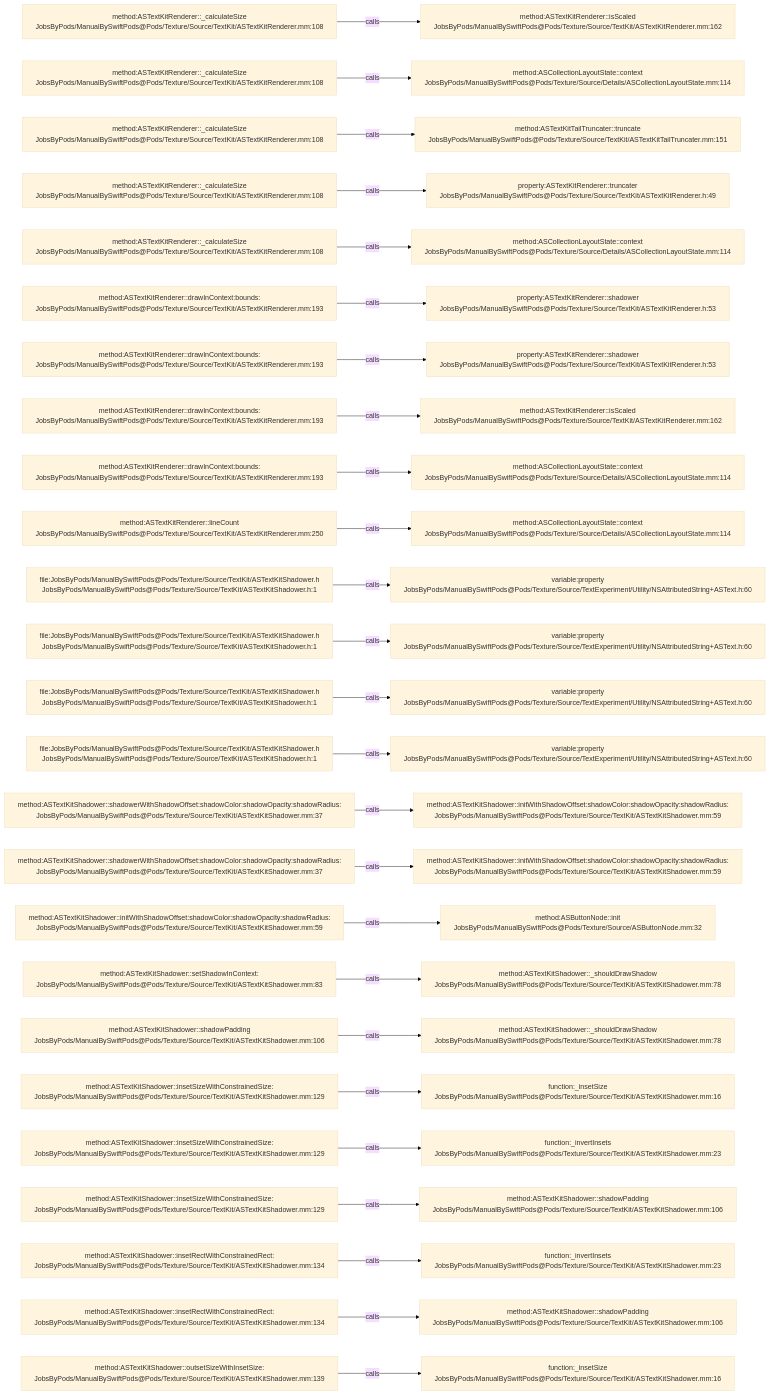
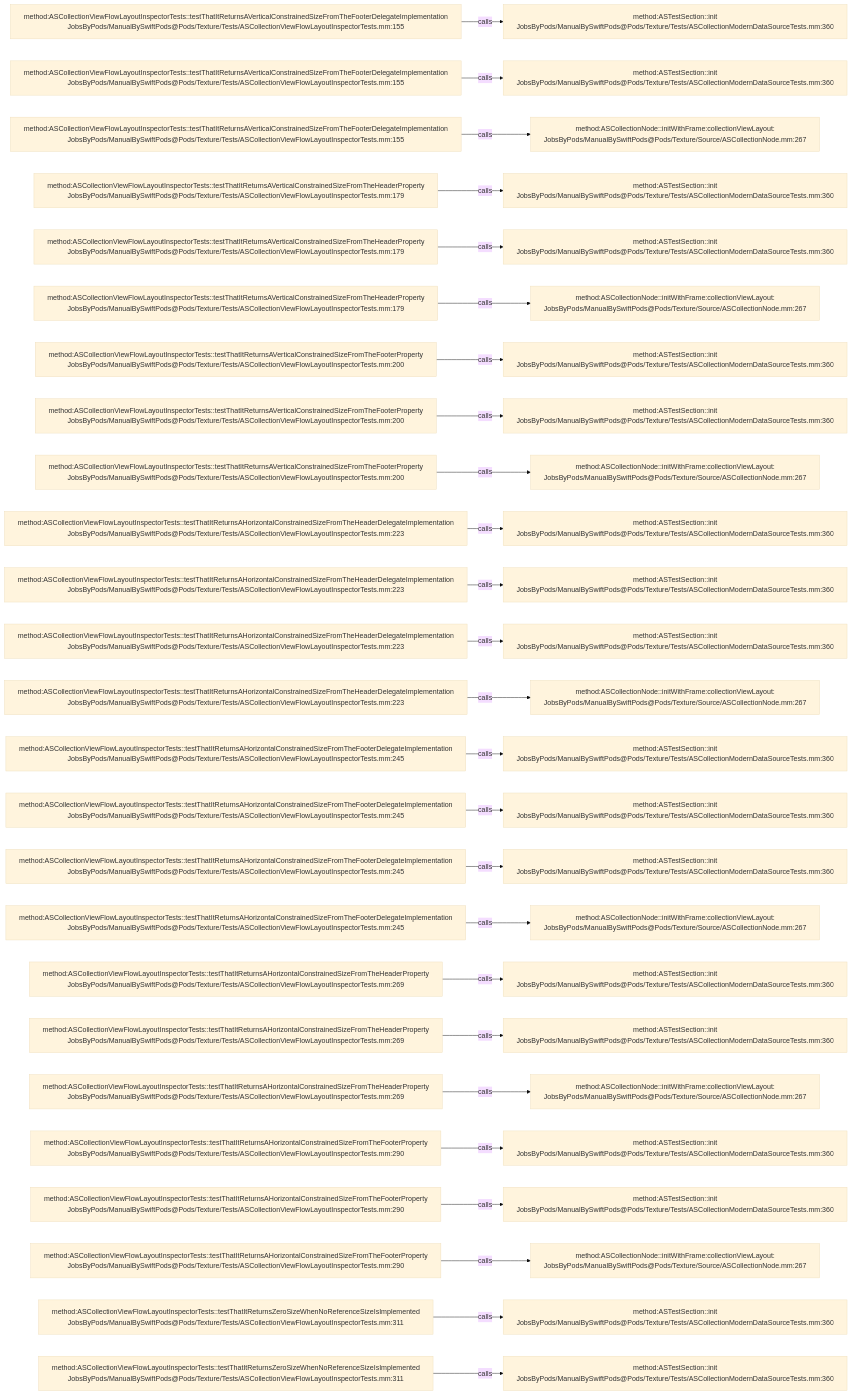
One commit to JobsKits/JobsSwiftBaseConfigDemo changed the diagram in .codegraph/codegraph.md/graphs/calls-169.md. Above: the diagram before and after it, drawn with Mermaid (base theme). The commit also changed 832 other files, not shown here.

````diff
--- a/.codegraph/codegraph.md/graphs/calls-169.md
+++ b/.codegraph/codegraph.md/graphs/calls-169.md
@@ -13,78 +13,78 @@
 ```mermaid
 flowchart LR
-  S1["method:ASTextKitRenderer::_calculateSize<br/>JobsByPods/ManualBySwiftPods@Pods/Texture/Source/TextKit/ASTextKitRenderer.mm:108"]
-  T1["method:ASTextKitRenderer::isScaled<br/>JobsByPods/ManualBySwiftPods@Pods/Texture/Source/TextKit/ASTextKitRenderer.mm:162"]
+  S1["method:ASCollectionViewFlowLayoutInspectorTests::testThatItReturnsAVerticalConstrainedSizeFromTheFooterDelegateImplementation<br/>JobsByPods/ManualBySwiftPods@Pods/Texture/Tests/ASCollectionViewFlowLayoutInspectorTests.mm:155"]
+  T1["method:ASTestSection::init<br/>JobsByPods/ManualBySwiftPods@Pods/Texture/Tests/ASCollectionModernDataSourceTests.mm:360"]
   S1 -->|calls| T1
-  S2["method:ASTextKitRenderer::_calculateSize<br/>JobsByPods/ManualBySwiftPods@Pods/Texture/Source/TextKit/ASTextKitRenderer.mm:108"]
-  T2["method:ASCollectionLayoutState::context<br/>JobsByPods/ManualBySwiftPods@Pods/Texture/Source/Details/ASCollectionLayoutState.mm:114"]
+  S2["method:ASCollectionViewFlowLayoutInspectorTests::testThatItReturnsAVerticalConstrainedSizeFromTheFooterDelegateImplementation<br/>JobsByPods/ManualBySwiftPods@Pods/Texture/Tests/ASCollectionViewFlowLayoutInspectorTests.mm:155"]
+  T2["method:ASTestSection::init<br/>JobsByPods/ManualBySwiftPods@Pods/Texture/Tests/ASCollectionModernDataSourceTests.mm:360"]
   S2 -->|calls| T2
-  S3["method:ASTextKitRenderer::_calculateSize<br/>JobsByPods/ManualBySwiftPods@Pods/Texture/Source/TextKit/ASTextKitRenderer.mm:108"]
-  T3["method:ASTextKitTailTruncater::truncate<br/>JobsByPods/ManualBySwiftPods@Pods/Texture/Source/TextKit/ASTextKitTailTruncater.mm:151"]
+  S3["method:ASCollectionViewFlowLayoutInspectorTests::testThatItReturnsAVerticalConstrainedSizeFromTheFooterDelegateImplementation<br/>JobsByPods/ManualBySwiftPods@Pods/Texture/Tests/ASCollectionViewFlowLayoutInspectorTests.mm:155"]
+  T3["method:ASCollectionNode::initWithFrame:collectionViewLayout:<br/>JobsByPods/ManualBySwiftPods@Pods/Texture/Source/ASCollectionNode.mm:267"]
   S3 -->|calls| T3
-  S4["method:ASTextKitRenderer::_calculateSize<br/>JobsByPods/ManualBySwiftPods@Pods/Texture/Source/TextKit/ASTextKitRenderer.mm:108"]
-  T4["property:ASTextKitRenderer::truncater<br/>JobsByPods/ManualBySwiftPods@Pods/Texture/Source/TextKit/ASTextKitRenderer.h:49"]
+  S4["method:ASCollectionViewFlowLayoutInspectorTests::testThatItReturnsAVerticalConstrainedSizeFromTheHeaderProperty<br/>JobsByPods/ManualBySwiftPods@Pods/Texture/Tests/ASCollectionViewFlowLayoutInspectorTests.mm:179"]
+  T4["method:ASTestSection::init<br/>JobsByPods/ManualBySwiftPods@Pods/Texture/Tests/ASCollectionModernDataSourceTests.mm:360"]
   S4 -->|calls| T4
-  S5["method:ASTextKitRenderer::_calculateSize<br/>JobsByPods/ManualBySwiftPods@Pods/Texture/Source/TextKit/ASTextKitRenderer.mm:108"]
-  T5["method:ASCollectionLayoutState::context<br/>JobsByPods/ManualBySwiftPods@Pods/Texture/Source/Details/ASCollectionLayoutState.mm:114"]
+  S5["method:ASCollectionViewFlowLayoutInspectorTests::testThatItReturnsAVerticalConstrainedSizeFromTheHeaderProperty<br/>JobsByPods/ManualBySwiftPods@Pods/Texture/Tests/ASCollectionViewFlowLayoutInspectorTests.mm:179"]
+  T5["method:ASTestSection::init<br/>JobsByPods/ManualBySwiftPods@Pods/Texture/Tests/ASCollectionModernDataSourceTests.mm:360"]
   S5 -->|calls| T5
-  S6["method:ASTextKitRenderer::drawInContext:bounds:<br/>JobsByPods/ManualBySwiftPods@Pods/Texture/Source/TextKit/ASTextKitRenderer.mm:193"]
-  T6["property:ASTextKitRenderer::shadower<br/>JobsByPods/ManualBySwiftPods@Pods/Texture/Source/TextKit/ASTextKitRenderer.h:53"]
+  S6["method:ASCollectionViewFlowLayoutInspectorTests::testThatItReturnsAVerticalConstrainedSizeFromTheHeaderProperty<br/>JobsByPods/ManualBySwiftPods@Pods/Texture/Tests/ASCollectionViewFlowLayoutInspectorTests.mm:179"]
+  T6["method:ASCollectionNode::initWithFrame:collectionViewLayout:<br/>JobsByPods/ManualBySwiftPods@Pods/Texture/Source/ASCollectionNode.mm:267"]
   S6 -->|calls| T6
-  S7["method:ASTextKitRenderer::drawInContext:bounds:<br/>JobsByPods/ManualBySwiftPods@Pods/Texture/Source/TextKit/ASTextKitRenderer.mm:193"]
-  T7["property:ASTextKitRenderer::shadower<br/>JobsByPods/ManualBySwiftPods@Pods/Texture/Source/TextKit/ASTextKitRenderer.h:53"]
+  S7["method:ASCollectionViewFlowLayoutInspectorTests::testThatItReturnsAVerticalConstrainedSizeFromTheFooterProperty<br/>JobsByPods/ManualBySwiftPods@Pods/Texture/Tests/ASCollectionViewFlowLayoutInspectorTests.mm:200"]
+  T7["method:ASTestSection::init<br/>JobsByPods/ManualBySwiftPods@Pods/Texture/Tests/ASCollectionModernDataSourceTests.mm:360"]
   S7 -->|calls| T7
-  S8["method:ASTextKitRenderer::drawInContext:bounds:<br/>JobsByPods/ManualBySwiftPods@Pods/Texture/Source/TextKit/ASTextKitRenderer.mm:193"]
-  T8["method:ASTextKitRenderer::isScaled<br/>JobsByPods/ManualBySwiftPods@Pods/Texture/Source/TextKit/ASTextKitRenderer.mm:162"]
+  S8["method:ASCollectionViewFlowLayoutInspectorTests::testThatItReturnsAVerticalConstrainedSizeFromTheFooterProperty<br/>JobsByPods/ManualBySwiftPods@Pods/Texture/Tests/ASCollectionViewFlowLayoutInspectorTests.mm:200"]
+  T8["method:ASTestSection::init<br/>JobsByPods/ManualBySwiftPods@Pods/Texture/Tests/ASCollectionModernDataSourceTests.mm:360"]
   S8 -->|calls| T8
-  S9["method:ASTextKitRenderer::drawInContext:bounds:<br/>JobsByPods/ManualBySwiftPods@Pods/Texture/Source/TextKit/ASTextKitRenderer.mm:193"]
-  T9["method:ASCollectionLayoutState::context<br/>JobsByPods/ManualBySwiftPods@Pods/Texture/Source/Details/ASCollectionLayoutState.mm:114"]
+  S9["method:ASCollectionViewFlowLayoutInspectorTests::testThatItReturnsAVerticalConstrainedSizeFromTheFooterProperty<br/>JobsByPods/ManualBySwiftPods@Pods/Texture/Tests/ASCollectionViewFlowLayoutInspectorTests.mm:200"]
+  T9["method:ASCollectionNode::initWithFrame:collectionViewLayout:<br/>JobsByPods/ManualBySwiftPods@Pods/Texture/Source/ASCollectionNode.mm:267"]
   S9 -->|calls| T9
-  S10["method:ASTextKitRenderer::lineCount<br/>JobsByPods/ManualBySwiftPods@Pods/Texture/Source/TextKit/ASTextKitRenderer.mm:250"]
-  T10["method:ASCollectionLayoutState::context<br/>JobsByPods/ManualBySwiftPods@Pods/Texture/Source/Details/ASCollectionLayoutState.mm:114"]
+  S10["method:ASCollectionViewFlowLayoutInspectorTests::testThatItReturnsAHorizontalConstrainedSizeFromTheHeaderDelegateImplementation<br/>JobsByPods/ManualBySwiftPods@Pods/Texture/Tests/ASCollectionViewFlowLayoutInspectorTests.mm:223"]
+  T10["method:ASTestSection::init<br/>JobsByPods/ManualBySwiftPods@Pods/Texture/Tests/ASCollectionModernDataSourceTests.mm:360"]
   S10 -->|calls| T10
-  S11["file:JobsByPods/ManualBySwiftPods@Pods/Texture/Source/TextKit/ASTextKitShadower.h<br/>JobsByPods/ManualBySwiftPods@Pods/Texture/Source/TextKit/ASTextKitShadower.h:1"]
-  T11["variable:property<br/>JobsByPods/ManualBySwiftPods@Pods/Texture/Source/TextExperiment/Utility/NSAttributedString+ASText.h:60"]
+  S11["method:ASCollectionViewFlowLayoutInspectorTests::testThatItReturnsAHorizontalConstrainedSizeFromTheHeaderDelegateImplementation<br/>JobsByPods/ManualBySwiftPods@Pods/Texture/Tests/ASCollectionViewFlowLayoutInspectorTests.mm:223"]
+  T11["method:ASTestSection::init<br/>JobsByPods/ManualBySwiftPods@Pods/Texture/Tests/ASCollectionModernDataSourceTests.mm:360"]
   S11 -->|calls| T11
-  S12["file:JobsByPods/ManualBySwiftPods@Pods/Texture/Source/TextKit/ASTextKitShadower.h<br/>JobsByPods/ManualBySwiftPods@Pods/Texture/Source/TextKit/ASTextKitShadower.h:1"]
-  T12["variable:property<br/>JobsByPods/ManualBySwiftPods@Pods/Texture/Source/TextExperiment/Utility/NSAttributedString+ASText.h:60"]
+  S12["method:ASCollectionViewFlowLayoutInspectorTests::testThatItReturnsAHorizontalConstrainedSizeFromTheHeaderDelegateImplementation<br/>JobsByPods/ManualBySwiftPods@Pods/Texture/Tests/ASCollectionViewFlowLayoutInspectorTests.mm:223"]
+  T12["method:ASTestSection::init<br/>JobsByPods/ManualBySwiftPods@Pods/Texture/Tests/ASCollectionModernDataSourceTests.mm:360"]
   S12 -->|calls| T12
-  S13["file:JobsByPods/ManualBySwiftPods@Pods/Texture/Source/TextKit/ASTextKitShadower.h<br/>JobsByPods/ManualBySwiftPods@Pods/Texture/Source/TextKit/ASTextKitShadower.h:1"]
-  T13["variable:property<br/>JobsByPods/ManualBySwiftPods@Pods/Texture/Source/TextExperiment/Utility/NSAttributedString+ASText.h:60"]
+  S13["method:ASCollectionViewFlowLayoutInspectorTests::testThatItReturnsAHorizontalConstrainedSizeFromTheHeaderDelegateImplementation<br/>JobsByPods/ManualBySwiftPods@Pods/Texture/Tests/ASCollectionViewFlowLayoutInspectorTests.mm:223"]
+  T13["method:ASCollectionNode::initWithFrame:collectionViewLayout:<br/>JobsByPods/ManualBySwiftPods@Pods/Texture/Source/ASCollectionNode.mm:267"]
   S13 -->|calls| T13
-  S14["file:JobsByPods/ManualBySwiftPods@Pods/Texture/Source/TextKit/ASTextKitShadower.h<br/>JobsByPods/ManualBySwiftPods@Pods/Texture/Source/TextKit/ASTextKitShadower.h:1"]
-  T14["variable:property<br/>JobsByPods/ManualBySwiftPods@Pods/Texture/Source/TextExperiment/Utility/NSAttributedString+ASText.h:60"]
+  S14["method:ASCollectionViewFlowLayoutInspectorTests::testThatItReturnsAHorizontalConstrainedSizeFromTheFooterDelegateImplementation<br/>JobsByPods/ManualBySwiftPods@Pods/Texture/Tests/ASCollectionViewFlowLayoutInspectorTests.mm:245"]
+  T14["method:ASTestSection::init<br/>JobsByPods/ManualBySwiftPods@Pods/Texture/Tests/ASCollectionModernDataSourceTests.mm:360"]
   S14 -->|calls| T14
-  S15["method:ASTextKitShadower::shadowerWithShadowOffset:shadowColor:shadowOpacity:shadowRadius:<br/>JobsByPods/ManualBySwiftPods@Pods/Texture/Source/TextKit/ASTextKitShadower.mm:37"]
-  T15["method:ASTextKitShadower::initWithShadowOffset:shadowColor:shadowOpacity:shadowRadius:<br/>JobsByPods/ManualBySwiftPods@Pods/Texture/Source/TextKit/ASTextKitShadower.mm:59"]
+  S15["method:ASCollectionViewFlowLayoutInspectorTests::testThatItReturnsAHorizontalConstrainedSizeFromTheFooterDelegateImplementation<br/>JobsByPods/ManualBySwiftPods@Pods/Texture/Tests/ASCollectionViewFlowLayoutInspectorTests.mm:245"]
+  T15["method:ASTestSection::init<br/>JobsByPods/ManualBySwiftPods@Pods/Texture/Tests/ASCollectionModernDataSourceTests.mm:360"]
   S15 -->|calls| T15
-  S16["method:ASTextKitShadower::shadowerWithShadowOffset:shadowColor:shadowOpacity:shadowRadius:<br/>JobsByPods/ManualBySwiftPods@Pods/Texture/Source/TextKit/ASTextKitShadower.mm:37"]
-  T16["method:ASTextKitShadower::initWithShadowOffset:shadowColor:shadowOpacity:shadowRadius:<br/>JobsByPods/ManualBySwiftPods@Pods/Texture/Source/TextKit/ASTextKitShadower.mm:59"]
+  S16["method:ASCollectionViewFlowLayoutInspectorTests::testThatItReturnsAHorizontalConstrainedSizeFromTheFooterDelegateImplementation<br/>JobsByPods/ManualBySwiftPods@Pods/Texture/Tests/ASCollectionViewFlowLayoutInspectorTests.mm:245"]
+  T16["method:ASTestSection::init<br/>JobsByPods/ManualBySwiftPods@Pods/Texture/Tests/ASCollectionModernDataSourceTests.mm:360"]
   S16 -->|calls| T16
-  S17["method:ASTextKitShadower::initWithShadowOffset:shadowColor:shadowOpacity:shadowRadius:<br/>JobsByPods/ManualBySwiftPods@Pods/Texture/Source/TextKit/ASTextKitShadower.mm:59"]
-  T17["method:ASButtonNode::init<br/>JobsByPods/ManualBySwiftPods@Pods/Texture/Source/ASButtonNode.mm:32"]
+  S17["method:ASCollectionViewFlowLayoutInspectorTests::testThatItReturnsAHorizontalConstrainedSizeFromTheFooterDelegateImplementation<br/>JobsByPods/ManualBySwiftPods@Pods/Texture/Tests/ASCollectionViewFlowLayoutInspectorTests.mm:245"]
+  T17["method:ASCollectionNode::initWithFrame:collectionViewLayout:<br/>JobsByPods/ManualBySwiftPods@Pods/Texture/Source/ASCollectionNode.mm:267"]
   S17 -->|calls| T17
-  S18["method:ASTextKitShadower::setShadowInContext:<br/>JobsByPods/ManualBySwiftPods@Pods/Texture/Source/TextKit/ASTextKitShadower.mm:83"]
-  T18["method:ASTextKitShadower::_shouldDrawShadow<br/>JobsByPods/ManualBySwiftPods@Pods/Texture/Source/TextKit/ASTextKitShadower.mm:78"]
+  S18["method:ASCollectionViewFlowLayoutInspectorTests::testThatItReturnsAHorizontalConstrainedSizeFromTheHeaderProperty<br/>JobsByPods/ManualBySwiftPods@Pods/Texture/Tests/ASCollectionViewFlowLayoutInspectorTests.mm:269"]
+  T18["method:ASTestSection::init<br/>JobsByPods/ManualBySwiftPods@Pods/Texture/Tests/ASCollectionModernDataSourceTests.mm:360"]
   S18 -->|calls| T18
-  S19["method:ASTextKitShadower::shadowPadding<br/>JobsByPods/ManualBySwiftPods@Pods/Texture/Source/TextKit/ASTextKitShadower.mm:106"]
-  T19["method:ASTextKitShadower::_shouldDrawShadow<br/>JobsByPods/ManualBySwiftPods@Pods/Texture/Source/TextKit/ASTextKitShadower.mm:78"]
+  S19["method:ASCollectionViewFlowLayoutInspectorTests::testThatItReturnsAHorizontalConstrainedSizeFromTheHeaderProperty<br/>JobsByPods/ManualBySwiftPods@Pods/Texture/Tests/ASCollectionViewFlowLayoutInspectorTests.mm:269"]
+  T19["method:ASTestSection::init<br/>JobsByPods/ManualBySwiftPods@Pods/Texture/Tests/ASCollectionModernDataSourceTests.mm:360"]
   S19 -->|calls| T19
-  S20["method:ASTextKitShadower::insetSizeWithConstrainedSize:<br/>JobsByPods/ManualBySwiftPods@Pods/Texture/Source/TextKit/ASTextKitShadower.mm:129"]
-  T20["function:_insetSize<br/>JobsByPods/ManualBySwiftPods@Pods/Texture/Source/TextKit/ASTextKitShadower.mm:16"]
+  S20["method:ASCollectionViewFlowLayoutInspectorTests::testThatItReturnsAHorizontalConstrainedSizeFromTheHeaderProperty<br/>JobsByPods/ManualBySwiftPods@Pods/Texture/Tests/ASCollectionViewFlowLayoutInspectorTests.mm:269"]
+  T20["method:ASCollectionNode::initWithFrame:collectionViewLayout:<br/>JobsByPods/ManualBySwiftPods@Pods/Texture/Source/ASCollectionNode.mm:267"]
   S20 -->|calls| T20
-  S21["method:ASTextKitShadower::insetSizeWithConstrainedSize:<br/>JobsByPods/ManualBySwiftPods@Pods/Texture/Source/TextKit/ASTextKitShadower.mm:129"]
-  T21["function:_invertInsets<br/>JobsByPods/ManualBySwiftPods@Pods/Texture/Source/TextKit/ASTextKitShadower.mm:23"]
+  S21["method:ASCollectionViewFlowLayoutInspectorTests::testThatItReturnsAHorizontalConstrainedSizeFromTheFooterProperty<br/>JobsByPods/ManualBySwiftPods@Pods/Texture/Tests/ASCollectionViewFlowLayoutInspectorTests.mm:290"]
+  T21["method:ASTestSection::init<br/>JobsByPods/ManualBySwiftPods@Pods/Texture/Tests/ASCollectionModernDataSourceTests.mm:360"]
   S21 -->|calls| T21
-  S22["method:ASTextKitShadower::insetSizeWithConstrainedSize:<br/>JobsByPods/ManualBySwiftPods@Pods/Texture/Source/TextKit/ASTextKitShadower.mm:129"]
-  T22["method:ASTextKitShadower::shadowPadding<br/>JobsByPods/ManualBySwiftPods@Pods/Texture/Source/TextKit/ASTextKitShadower.mm:106"]
+  S22["method:ASCollectionViewFlowLayoutInspectorTests::testThatItReturnsAHorizontalConstrainedSizeFromTheFooterProperty<br/>JobsByPods/ManualBySwiftPods@Pods/Texture/Tests/ASCollectionViewFlowLayoutInspectorTests.mm:290"]
+  T22["method:ASTestSection::init<br/>JobsByPods/ManualBySwiftPods@Pods/Texture/Tests/ASCollectionModernDataSourceTests.mm:360"]
   S22 -->|calls| T22
-  S23["method:ASTextKitShadower::insetRectWithConstrainedRect:<br/>JobsByPods/ManualBySwiftPods@Pods/Texture/Source/TextKit/ASTextKitShadower.mm:134"]
-  T23["function:_invertInsets<br/>JobsByPods/ManualBySwiftPods@Pods/Texture/Source/TextKit/ASTextKitShadower.mm:23"]
+  S23["method:ASCollectionViewFlowLayoutInspectorTests::testThatItReturnsAHorizontalConstrainedSizeFromTheFooterProperty<br/>JobsByPods/ManualBySwiftPods@Pods/Texture/Tests/ASCollectionViewFlowLayoutInspectorTests.mm:290"]
+  T23["method:ASCollectionNode::initWithFrame:collectionViewLayout:<br/>JobsByPods/ManualBySwiftPods@Pods/Texture/Source/ASCollectionNode.mm:267"]
   S23 -->|calls| T23
-  S24["method:ASTextKitShadower::insetRectWithConstrainedRect:<br/>JobsByPods/ManualBySwiftPods@Pods/Texture/Source/TextKit/ASTextKitShadower.mm:134"]
-  T24["method:ASTextKitShadower::shadowPadding<br/>JobsByPods/ManualBySwiftPods@Pods/Texture/Source/TextKit/ASTextKitShadower.mm:106"]
+  S24["method:ASCollectionViewFlowLayoutInspectorTests::testThatItReturnsZeroSizeWhenNoReferenceSizeIsImplemented<br/>JobsByPods/ManualBySwiftPods@Pods/Texture/Tests/ASCollectionViewFlowLayoutInspectorTests.mm:311"]
+  T24["method:ASTestSection::init<br/>JobsByPods/ManualBySwiftPods@Pods/Texture/Tests/ASCollectionModernDataSourceTests.mm:360"]
   S24 -->|calls| T24
-  S25["method:ASTextKitShadower::outsetSizeWithInsetSize:<br/>JobsByPods/ManualBySwiftPods@Pods/Texture/Source/TextKit/ASTextKitShadower.mm:139"]
-  T25["function:_insetSize<br/>JobsByPods/ManualBySwiftPods@Pods/Texture/Source/TextKit/ASTextKitShadower.mm:16"]
+  S25["method:ASCollectionViewFlowLayoutInspectorTests::testThatItReturnsZeroSizeWhenNoReferenceSizeIsImplemented<br/>JobsByPods/ManualBySwiftPods@Pods/Texture/Tests/ASCollectionViewFlowLayoutInspectorTests.mm:311"]
+  T25["method:ASTestSection::init<br/>JobsByPods/ManualBySwiftPods@Pods/Texture/Tests/ASCollectionModernDataSourceTests.mm:360"]
   S25 -->|calls| T25
 ```
````
